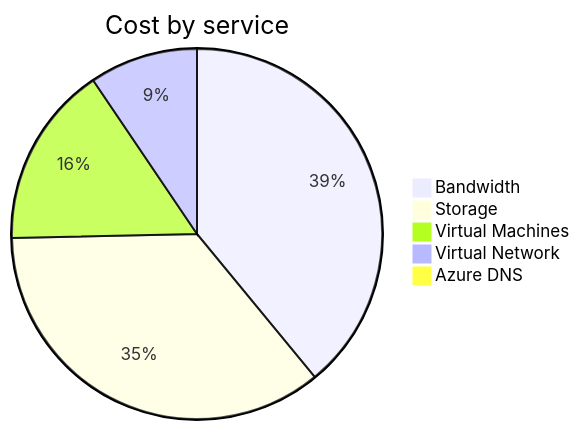
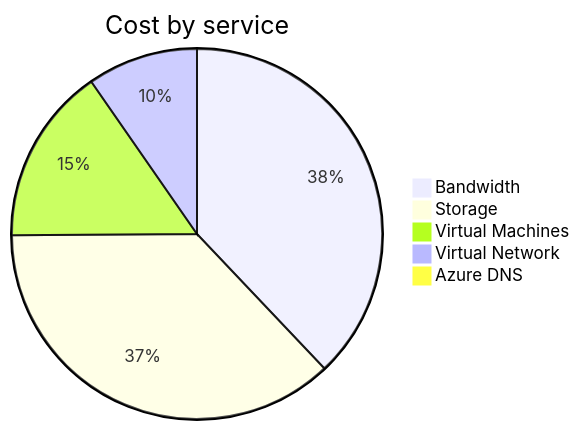
The second of 4 diagrams in cost-reports/personal-network/README.md (jpfulton/azure-personal-reports), drawn with Mermaid before and after one commit. The commit also changed other lines of this file and 8 other files, not shown here.

````diff
--- a/cost-reports/personal-network/README.md
+++ b/cost-reports/personal-network/README.md
@@ -95,9 +95,9 @@
 ```mermaid
 pie
    title Cost by service
-   "Bandwidth" : 1.94
-   "Storage" : 1.77
-   "Virtual Machines" : 0.79
-   "Virtual Network" : 0.47
-   "Azure DNS" : 0.03
+   "Bandwidth" : 2.75
+   "Storage" : 2.68
+   "Virtual Machines" : 1.12
+   "Virtual Network" : 0.70
+   "Azure DNS" : 0.05
 ```
````
